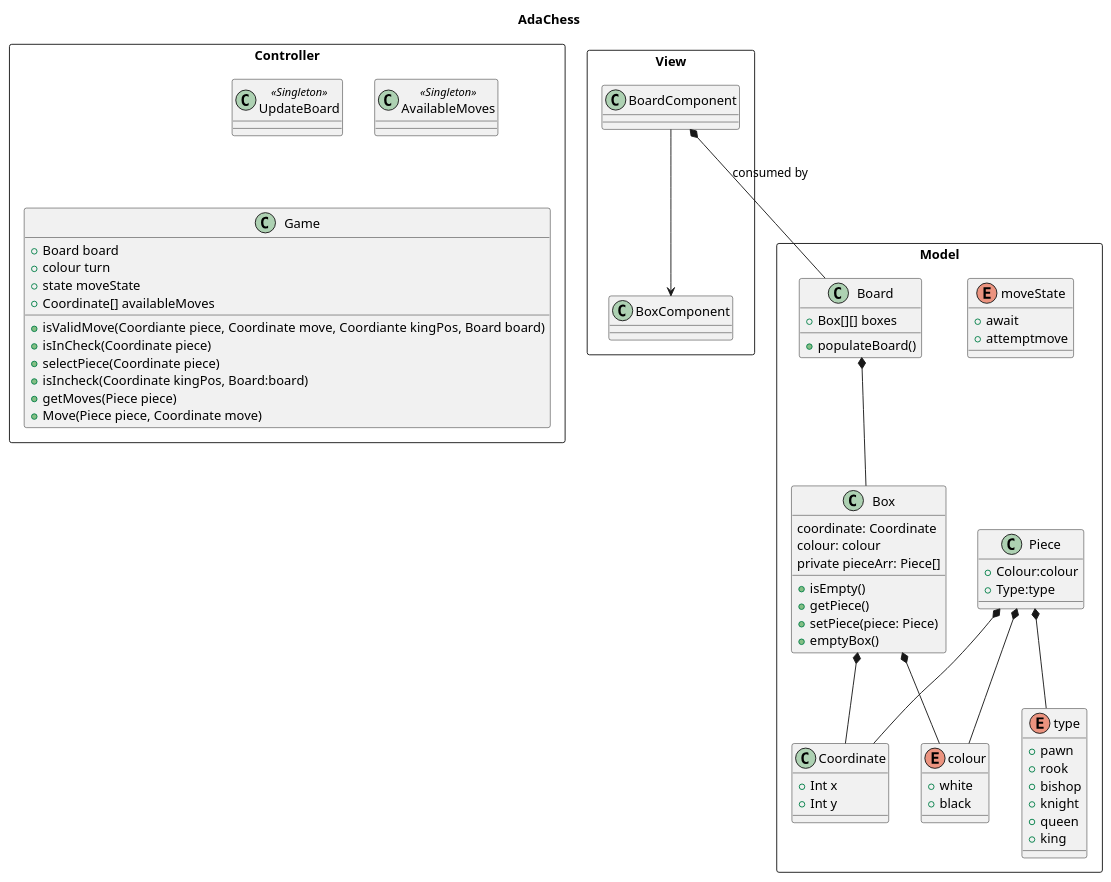
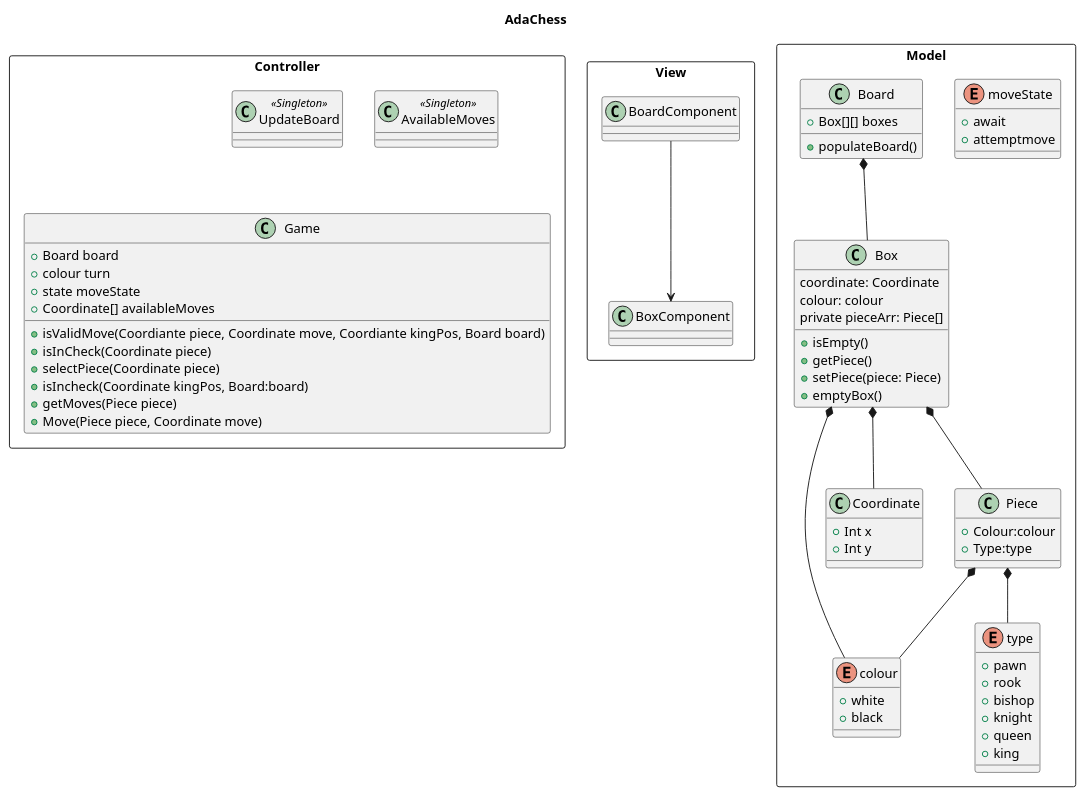
Before and after one commit to djaumandreuonda/AdaChess: the diagram in my-app/src/documentation/architecture.puml, drawn with PlantUML.

```diff
--- a/my-app/src/documentation/architecture.puml
+++ b/my-app/src/documentation/architecture.puml
@@ -1,89 +1,83 @@
-@startuml
+@startuml AdaChess
 
 title AdaChess
 
 package View <<Rectangle>> {
   class BoardComponent {}
   class BoxComponent {}
 }
 
 package Model <<Rectangle>> {
   enum colour {
     + white
     + black
   }
   
   enum moveState {
     + await
     + attemptmove
   }
   
   enum type {
     + pawn
     + rook
     + bishop
     + knight
     + queen 
     + king
   }
   
   class Coordinate {
     +Int x
     +Int y
   }
   
   class Box {
     coordinate: Coordinate
     colour: colour
     private pieceArr: Piece[]
     +isEmpty()
     +getPiece()
     +setPiece(piece: Piece)
     +emptyBox()
   }
   
   class Board{
     +Box[][] boxes
     +populateBoard()
   }
   
   class Piece {
     +Colour:colour
     +Type:type
   }
 }
 
 package Controller <<Rectangle>> {
   class UpdateBoard << Singleton >> {}
   class AvailableMoves << Singleton >> {}
   class Game {
     +Board board 
     +colour turn
     +state moveState
     +Coordinate[] availableMoves
     +isValidMove(Coordiante piece, Coordinate move, Coordiante kingPos, Board board)
     +isInCheck(Coordinate piece)
     +selectPiece(Coordinate piece)
     +isIncheck(Coordinate kingPos, Board:board)
     +getMoves(Piece piece)
     +Move(Piece piece, Coordinate move)
   }
 }
 
 
-
-
-
-
-
-BoardComponent *-- Board : consumed by
 Board *-- Box
 Box *-- Coordinate
-Piece *-- Coordinate
+Box *-- Piece
 Box *-- colour
 Piece *-- colour
 Piece *-- type
 BoardComponent --> BoxComponent
 
 
 @enduml
```
